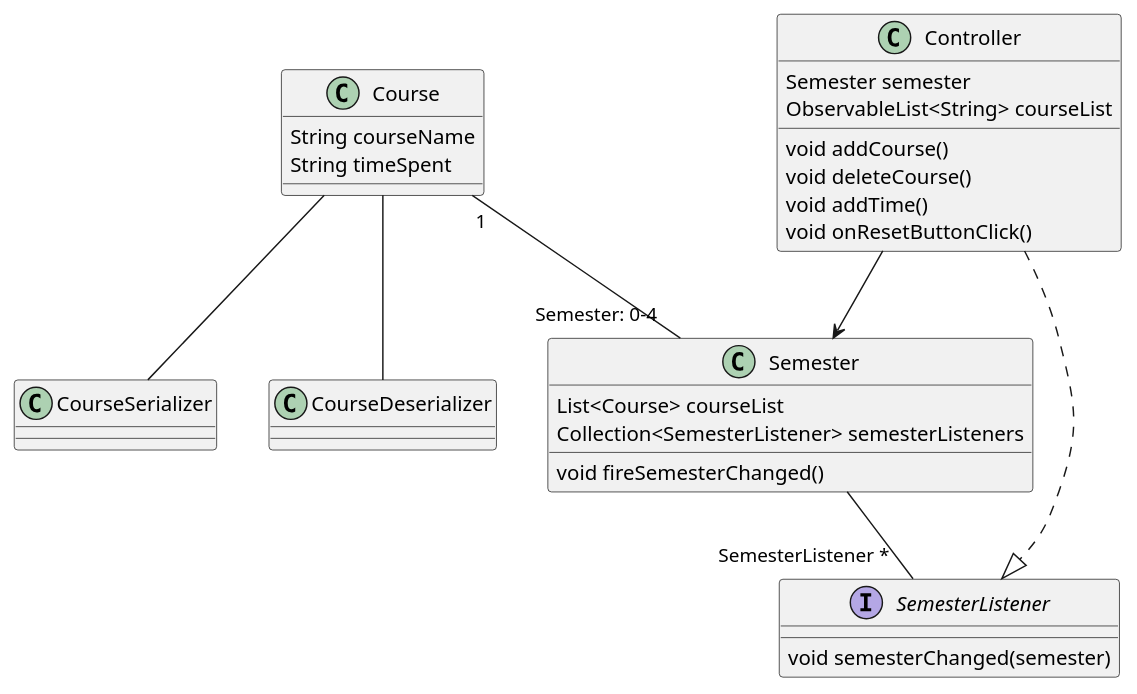
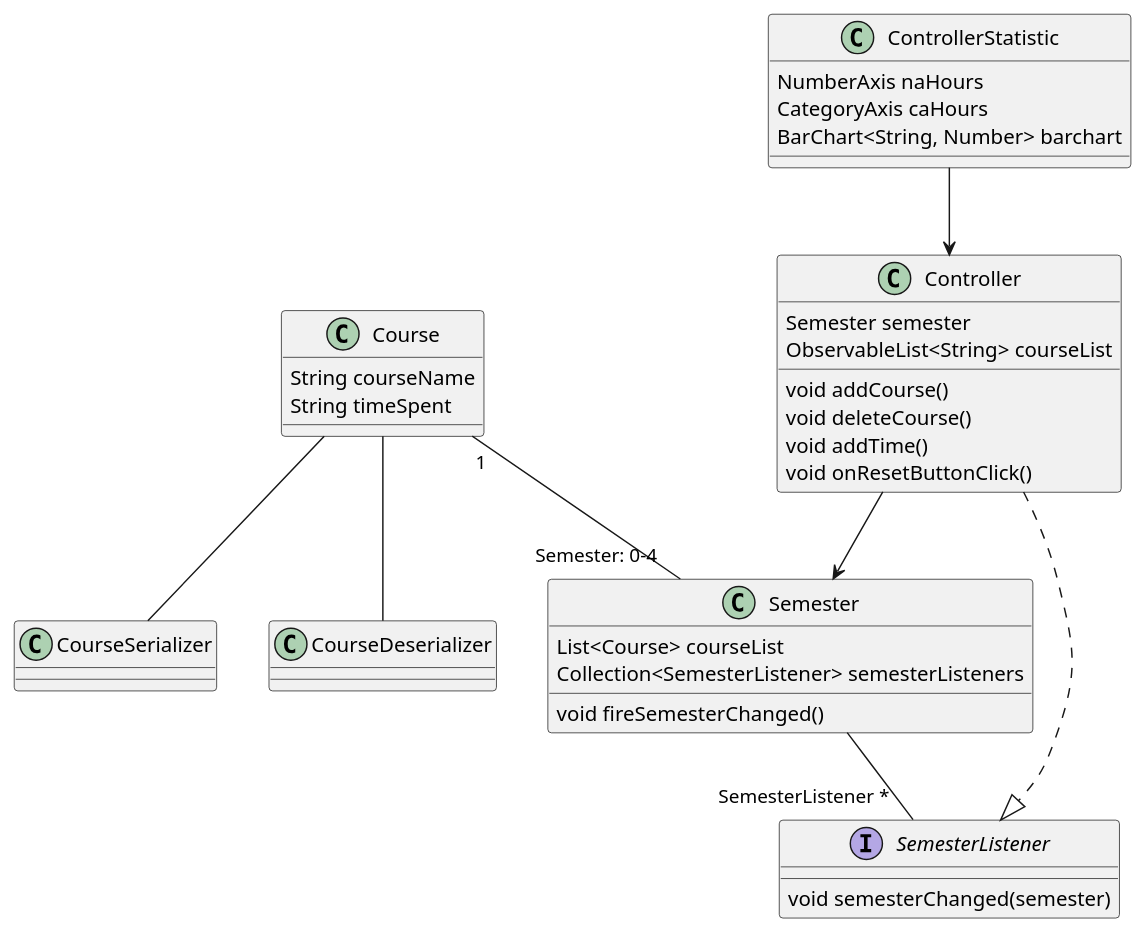
Before and after one commit to bmksimons/studytracker: the second of 4 diagrams in IT1901/README.md, drawn with PlantUML.

````diff
--- a/IT1901/README.md
+++ b/IT1901/README.md
@@ -104,31 +104,37 @@
 ```plantuml
 @startuml
 interface SemesterListener
 class Course
 class Semester
 class CourseSerializer
 class CourseDeserializer
 class Controller
+class ControllerStatistic
 
 Course "1" -- "Semester: 0-4" Semester
 Controller ..|> SemesterListener
 Semester -- "SemesterListener *" SemesterListener
 Course -- CourseSerializer
 Course -- CourseDeserializer
 Controller --> Semester
+ControllerStatistic --> Controller
 
 Course : String courseName
 Course : String timeSpent
 Semester : List<Course> courseList
 Semester : Collection<SemesterListener> semesterListeners
 Semester : void fireSemesterChanged()
 SemesterListener : void semesterChanged(semester)
 Controller : Semester semester
 Controller : ObservableList<String> courseList
 Controller : void addCourse()
 Controller : void deleteCourse()
 Controller : void addTime()
 Controller : void onResetButtonClick()
+ControllerStatistic : NumberAxis naHours
+ControllerStatistic : CategoryAxis caHours
+ControllerStatistic : BarChart<String, Number> barchart
+
 
 @enduml
 ```
````
